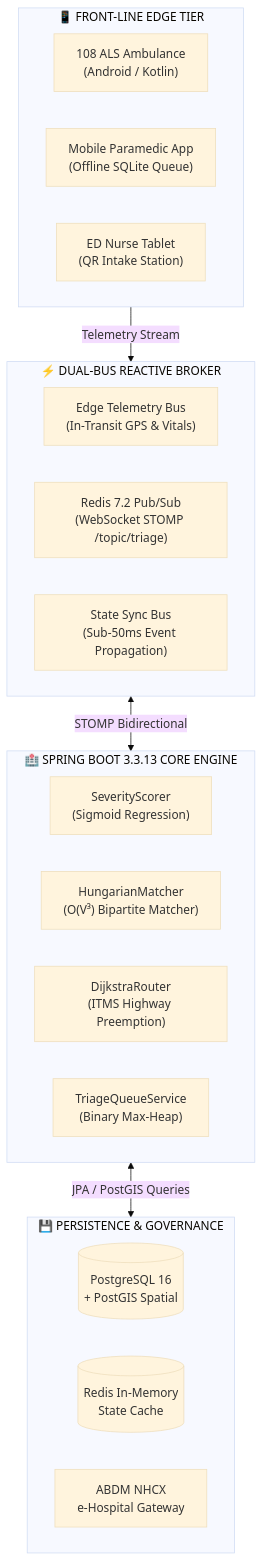
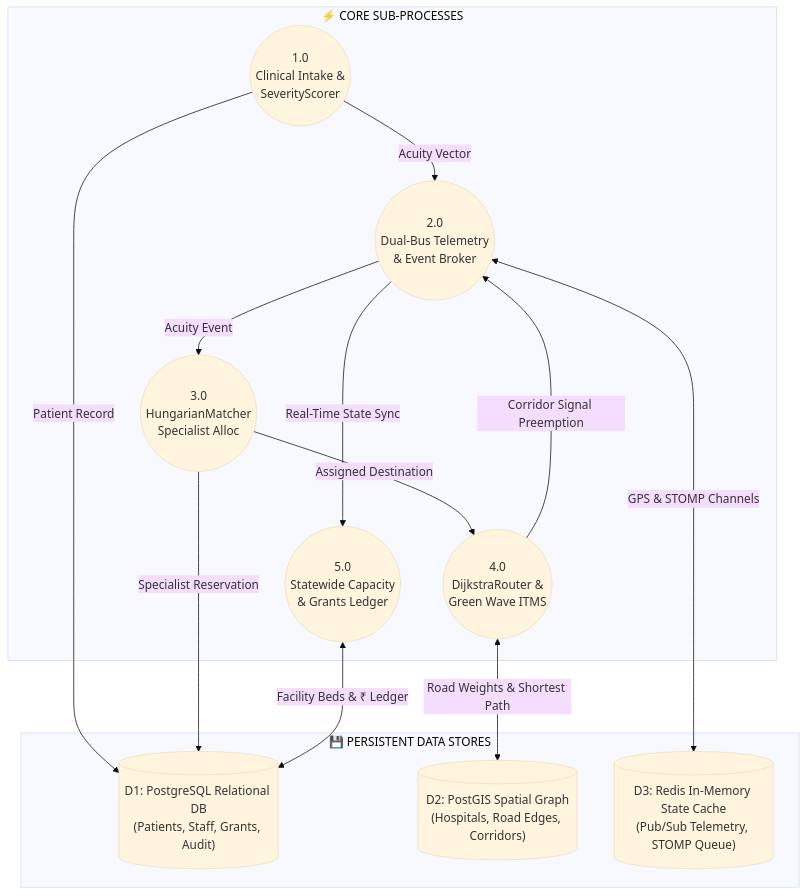
The second of 4 diagrams in README.md (PG300604/TriageNet), drawn with Mermaid (base theme) before and after one commit. The commit also changed other lines of this file and 9 other files, not shown here.

````diff
--- a/README.md
+++ b/README.md
@@ -230,31 +176,27 @@
 ```mermaid
 flowchart TB
-    subgraph EdgeTier ["📱 FRONT-LINE EDGE TIER"]
-        A1["108 ALS Ambulance<br/>(Android / Kotlin)"]
-        A2["Mobile Paramedic App<br/>(Offline SQLite Queue)"]
-        A3["ED Nurse Tablet<br/>(QR Intake Station)"]
+    subgraph DataStores ["💾 PERSISTENT DATA STORES"]
+        D1[("D1: PostgreSQL Relational DB<br/>(Patients, Staff, Grants, Audit)")]
+        D2[("D2: PostGIS Spatial Graph<br/>(Hospitals, Road Edges, Corridors)")]
+        D3[("D3: Redis In-Memory State Cache<br/>(Pub/Sub Telemetry, STOMP Queue)")]
     end
 
-    subgraph BusTier ["⚡ DUAL-BUS REACTIVE BROKER"]
-        B1["Edge Telemetry Bus<br/>(In-Transit GPS & Vitals)"]
-        B2["Redis 7.2 Pub/Sub<br/>(WebSocket STOMP /topic/triage)"]
-        B3["State Sync Bus<br/>(Sub-50ms Event Propagation)"]
+    subgraph Processes ["⚡ CORE SUB-PROCESSES"]
+        P1(("1.0<br/>Clinical Intake &<br/>SeverityScorer"))
+        P2(("2.0<br/>Dual-Bus Telemetry<br/>& Event Broker"))
+        P3(("3.0<br/>HungarianMatcher<br/>Specialist Alloc"))
+        P4(("4.0<br/>DijkstraRouter &<br/>Green Wave ITMS"))
+        P5(("5.0<br/>Statewide Capacity<br/>& Grants Ledger"))
     end
 
-    subgraph CoreTier ["🏥 SPRING BOOT 3.3.13 CORE ENGINE"]
-        C1["SeverityScorer<br/>(Sigmoid Regression)"]
-        C2["HungarianMatcher<br/>(O(V³) Bipartite Matcher)"]
-        C3["DijkstraRouter<br/>(ITMS Highway Preemption)"]
-        C4["TriageQueueService<br/>(Binary Max-Heap)"]
-    end
-
-    subgraph DataTier ["💾 PERSISTENCE & GOVERNANCE"]
-        D1[("PostgreSQL 16<br/>+ PostGIS Spatial")]
-        D2[("Redis In-Memory<br/>State Cache")]
-        D3["ABDM NHCX<br/>e-Hospital Gateway"]
-    end
-
-    EdgeTier -->|Telemetry Stream| BusTier
-    BusTier <-->|STOMP Bidirectional| CoreTier
-    CoreTier <-->|JPA / PostGIS Queries| DataTier
+    P1 -->|Acuity Vector| P2
+    P1 -->|Patient Record| D1
+    P2 <-->|GPS & STOMP Channels| D3
+    P2 -->|Acuity Event| P3
+    P3 -->|Specialist Reservation| D1
+    P3 -->|Assigned Destination| P4
+    P4 <-->|Road Weights & Shortest Path| D2
+    P4 -->|Corridor Signal Preemption| P2
+    P5 <-->|Facility Beds & ₹ Ledger| D1
+    P2 -->|Real-Time State Sync| P5
 ```
````
